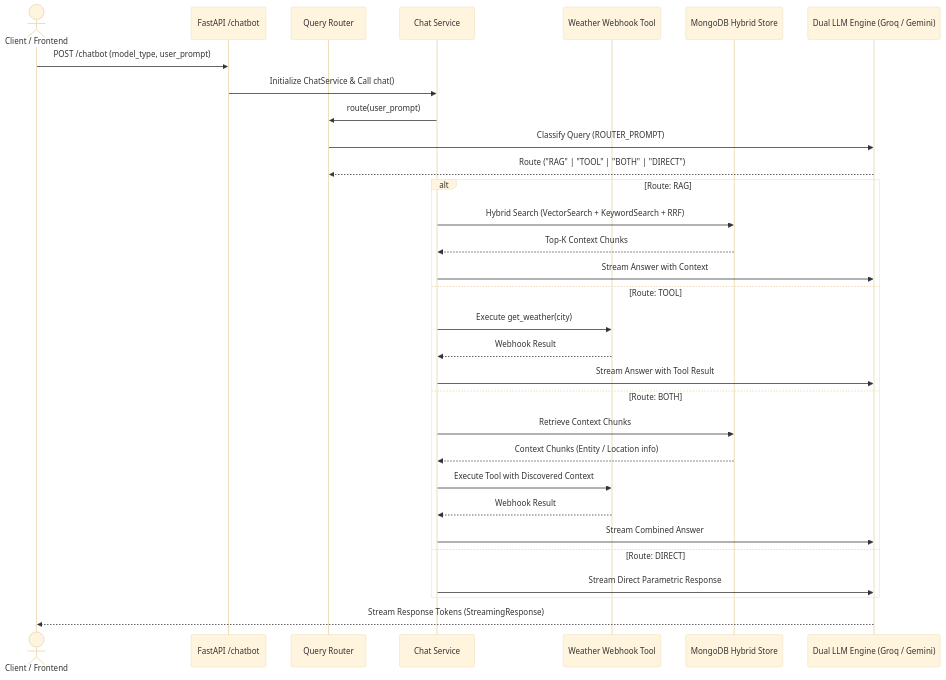
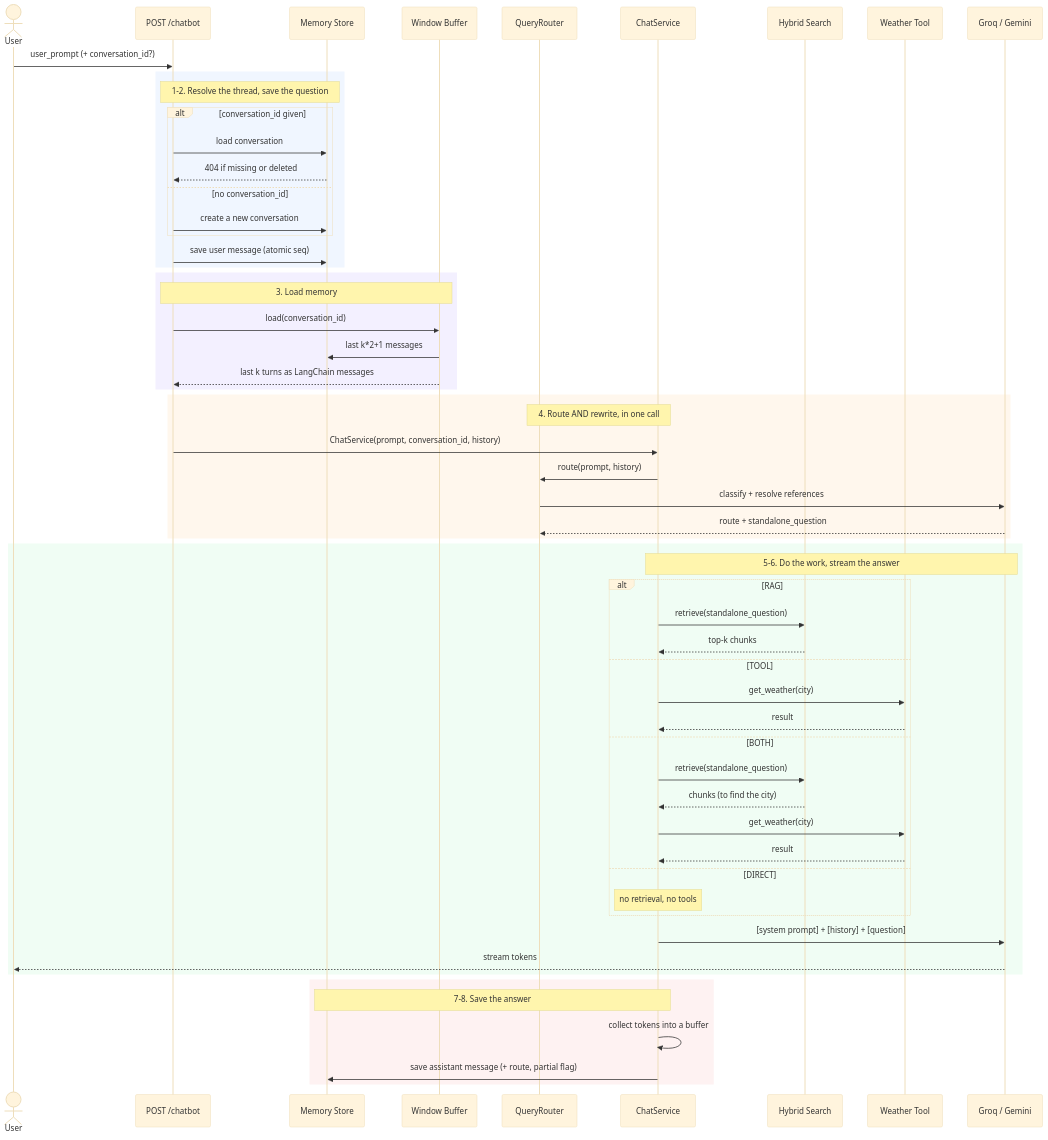
The second of 4 diagrams in docs/workflow.md (Harish1404/Naive-RAG-LangChain), drawn with Mermaid (base theme) before and after one commit. The commit also changed other lines of this file and 16 other files, not shown here.

````diff
--- a/docs/workflow.md
+++ b/docs/workflow.md
@@ -46,36 +78,66 @@
 ```mermaid
 sequenceDiagram
-    actor User as Client / Frontend
-    participant API as FastAPI /chatbot
-    participant Router as Query Router
-    participant Chat as Chat Service
-    participant Tool as Weather Webhook Tool
-    participant VS as MongoDB Hybrid Store
-    participant LLM as Dual LLM Engine (Groq / Gemini)
+    actor User
+    participant API as POST /chatbot
+    participant Store as Memory Store
+    participant Win as Window Buffer
+    participant Router as QueryRouter
+    participant Chat as ChatService
+    participant RAG as Hybrid Search
+    participant Tool as Weather Tool
+    participant LLM as Groq / Gemini
 
-    User->>API: POST /chatbot (model_type, user_prompt)
-    API->>Chat: Initialize ChatService & Call chat()
-    Chat->>Router: route(user_prompt)
-    Router->>LLM: Classify Query (ROUTER_PROMPT)
-    LLM-->>Router: Route ("RAG" | "TOOL" | "BOTH" | "DIRECT")
+    User->>API: user_prompt (+ conversation_id?)
 
-    alt Route: RAG
-        Chat->>VS: Hybrid Search (VectorSearch + KeywordSearch + RRF)
-        VS-->>Chat: Top-K Context Chunks
-        Chat->>LLM: Stream Answer with Context
-    else Route: TOOL
-        Chat->>Tool: Execute get_weather(city)
-        Tool-->>Chat: Webhook Result
-        Chat->>LLM: Stream Answer with Tool Result
-    else Route: BOTH
-        Chat->>VS: Retrieve Context Chunks
-        VS-->>Chat: Context Chunks (Entity / Location info)
-        Chat->>Tool: Execute Tool with Discovered Context
-        Tool-->>Chat: Webhook Result
-        Chat->>LLM: Stream Combined Answer
-    else Route: DIRECT
-        Chat->>LLM: Stream Direct Parametric Response
+    rect rgb(240, 246, 255)
+        Note over API,Store: 1-2. Resolve the thread, save the question
+        alt conversation_id given
+            API->>Store: load conversation
+            Store-->>API: 404 if missing or deleted
+        else no conversation_id
+            API->>Store: create a new conversation
+        end
+        API->>Store: save user message (atomic seq)
     end
 
-    LLM-->>User: Stream Response Tokens (StreamingResponse)
+    rect rgb(243, 240, 255)
+        Note over API,Win: 3. Load memory
+        API->>Win: load(conversation_id)
+        Win->>Store: last k*2+1 messages
+        Win-->>API: last k turns as LangChain messages
+    end
+
+    rect rgb(255, 247, 237)
+        Note over Chat,Router: 4. Route AND rewrite, in one call
+        API->>Chat: ChatService(prompt, conversation_id, history)
+        Chat->>Router: route(prompt, history)
+        Router->>LLM: classify + resolve references
+        LLM-->>Router: route + standalone_question
+    end
+
+    rect rgb(240, 253, 244)
+        Note over Chat,LLM: 5-6. Do the work, stream the answer
+        alt RAG
+            Chat->>RAG: retrieve(standalone_question)
+            RAG-->>Chat: top-k chunks
+        else TOOL
+            Chat->>Tool: get_weather(city)
+            Tool-->>Chat: result
+        else BOTH
+            Chat->>RAG: retrieve(standalone_question)
+            RAG-->>Chat: chunks (to find the city)
+            Chat->>Tool: get_weather(city)
+            Tool-->>Chat: result
+        else DIRECT
+            Note over Chat: no retrieval, no tools
+        end
+        Chat->>LLM: [system prompt] + [history] + [question]
+        LLM-->>User: stream tokens
+    end
+
+    rect rgb(254, 242, 242)
+        Note over Chat,Store: 7-8. Save the answer
+        Chat->>Chat: collect tokens into a buffer
+        Chat->>Store: save assistant message (+ route, partial flag)
+    end
 ```
````
